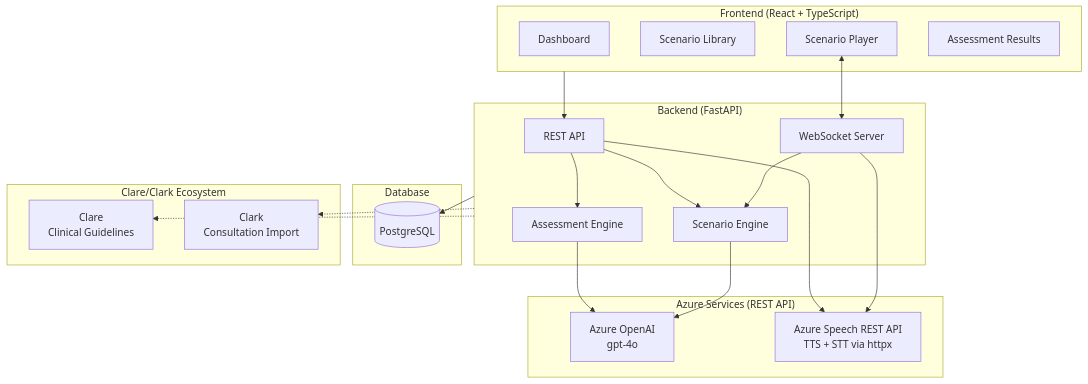
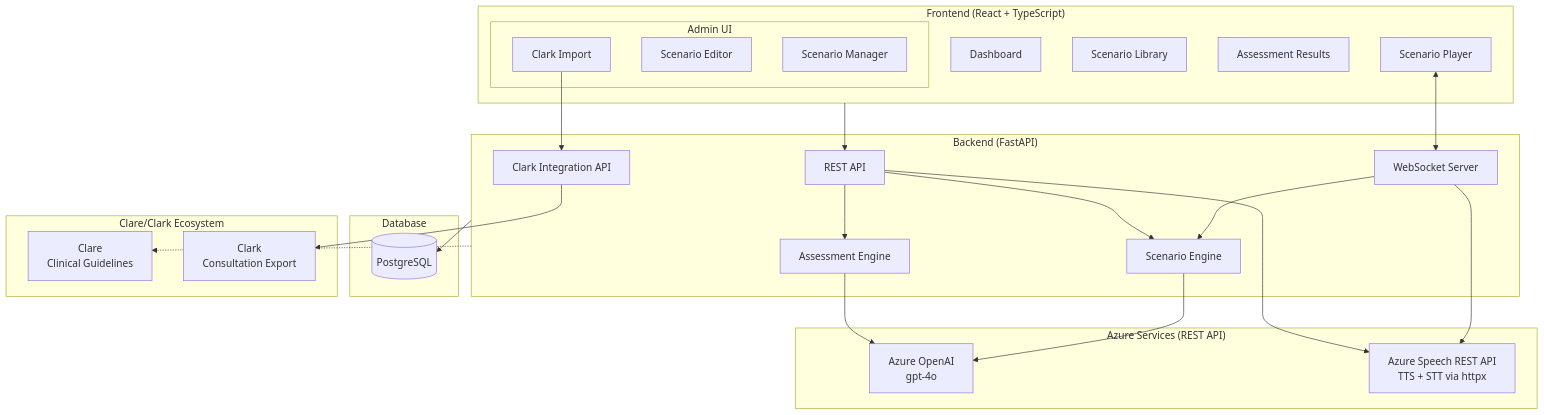
One commit to Amoukli/Coach_AI changed the first of 6 diagrams in docs/diagrams/architecture.md. Above: the diagram before and after it, drawn with Mermaid. The commit also changed other lines of this file and 4 other files, not shown here.

First line of the commit message:
Update architecture diagrams for Admin UI and Clark integration

````diff
--- a/docs/diagrams/architecture.md
+++ b/docs/diagrams/architecture.md
@@ -11,43 +11,50 @@
 ```mermaid
 flowchart TB
     subgraph Frontend["Frontend (React + TypeScript)"]
         Dashboard[Dashboard]
         ScenarioLib[Scenario Library]
         Player[Scenario Player]
         Results[Assessment Results]
+        subgraph Admin["Admin UI"]
+            ScenarioManager[Scenario Manager]
+            ScenarioEditor[Scenario Editor]
+            ClarkImport[Clark Import]
+        end
     end
 
     subgraph Backend["Backend (FastAPI)"]
         API[REST API]
         WS[WebSocket Server]
         ScenarioEngine[Scenario Engine]
         AssessmentEngine[Assessment Engine]
+        ClarkAPI[Clark Integration API]
     end
 
     subgraph Services["Azure Services (REST API)"]
         AzureOpenAI[Azure OpenAI\ngpt-4o]
         AzureSpeech[Azure Speech REST API\nTTS + STT via httpx]
     end
 
     subgraph Database["Database"]
         PostgreSQL[(PostgreSQL)]
     end
 
     subgraph Ecosystem["Clare/Clark Ecosystem"]
         Clare[Clare\nClinical Guidelines]
-        Clark[Clark\nConsultation Import]
+        Clark[Clark\nConsultation Export]
     end
 
     Frontend --> API
     Player <--> WS
     WS --> ScenarioEngine
     WS --> AzureSpeech
     API --> ScenarioEngine
     API --> AssessmentEngine
     ScenarioEngine --> AzureOpenAI
     AssessmentEngine --> AzureOpenAI
     API --> AzureSpeech
     Backend --> PostgreSQL
     Backend -.-> Clare
-    Backend -.-> Clark
+    ClarkAPI --> Clark
+    ClarkImport --> ClarkAPI
 ```
````
